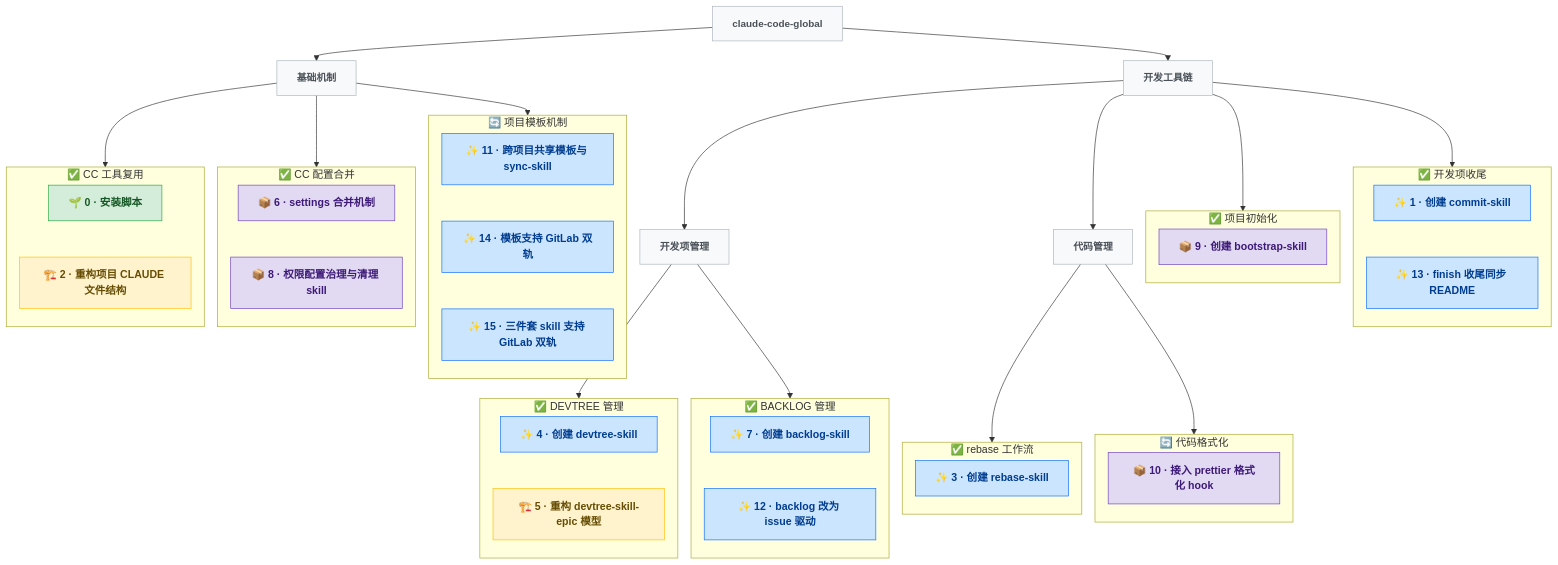
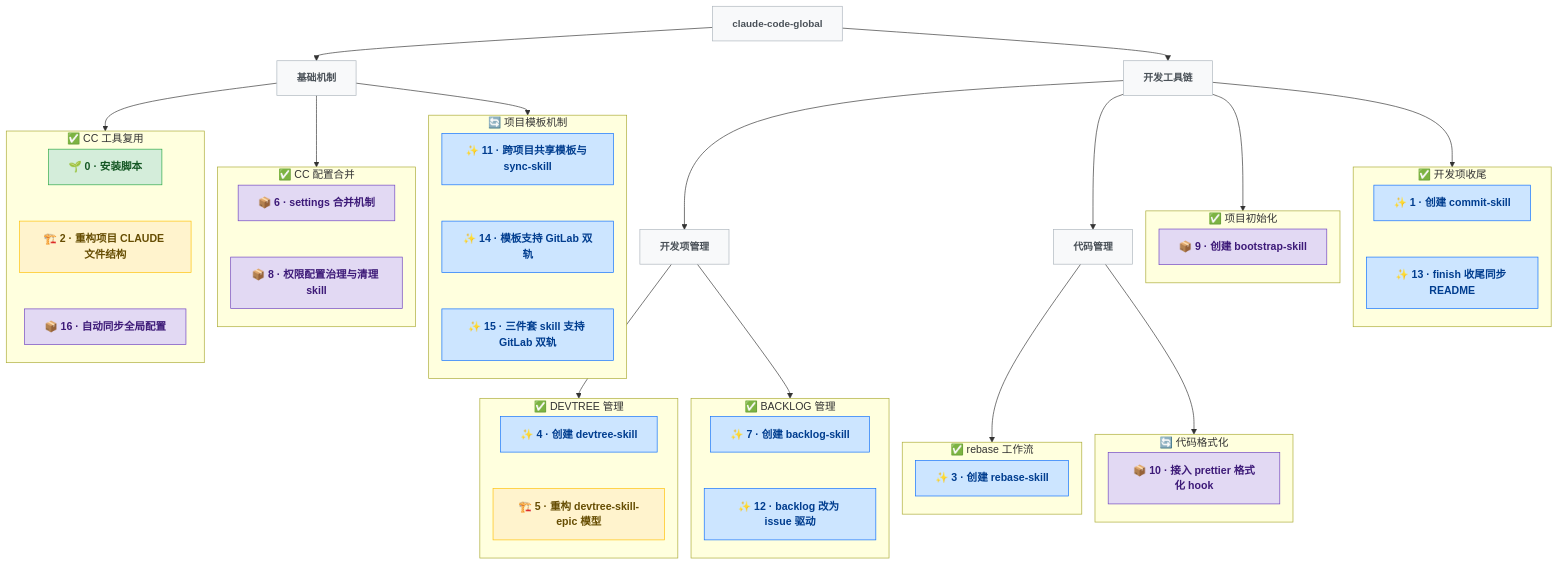
The diagram in docs/DEVTREE.md (pkulijing/claude-code-global), drawn with Mermaid before and after one commit. The commit also changed other lines of this file and 13 other files, not shown here.

```diff
--- a/docs/DEVTREE.md
+++ b/docs/DEVTREE.md
@@ -45,7 +45,9 @@
     direction TB
     N0["🌱 0 · 安装脚本"]:::genesis
     N2["🏗️ 2 · 重构项目 CLAUDE 文件结构"]:::refactor
+    N16["📦 16 · 自动同步全局配置"]:::infra
     N0 ~~~ N2
+    N2 ~~~ N16
   end
 
   subgraph e_cc_merge["✅ CC 配置合并"]
```
